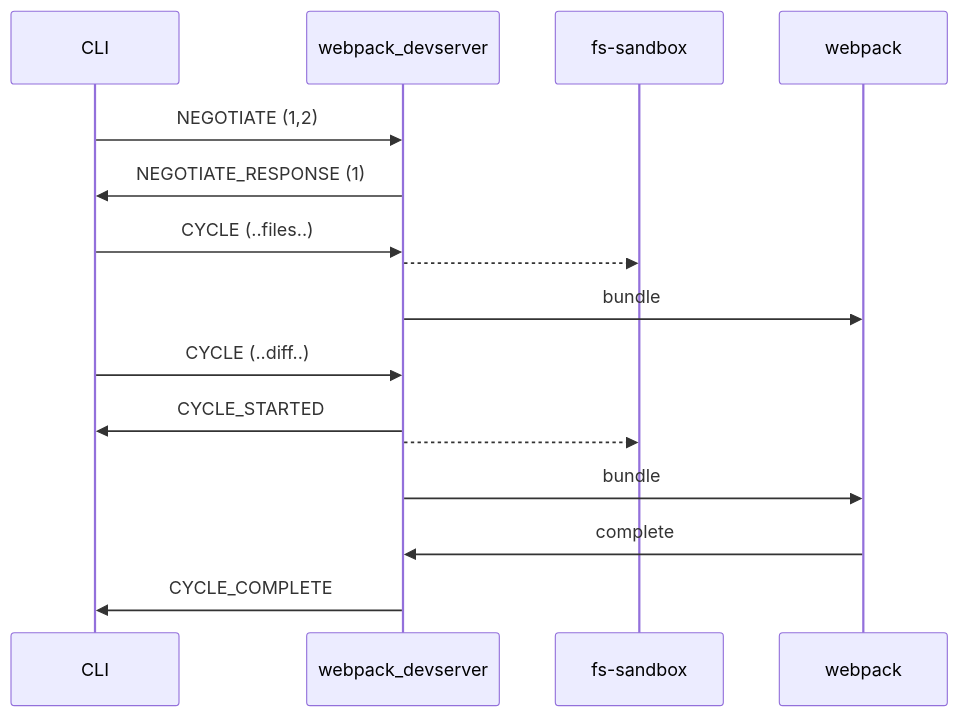
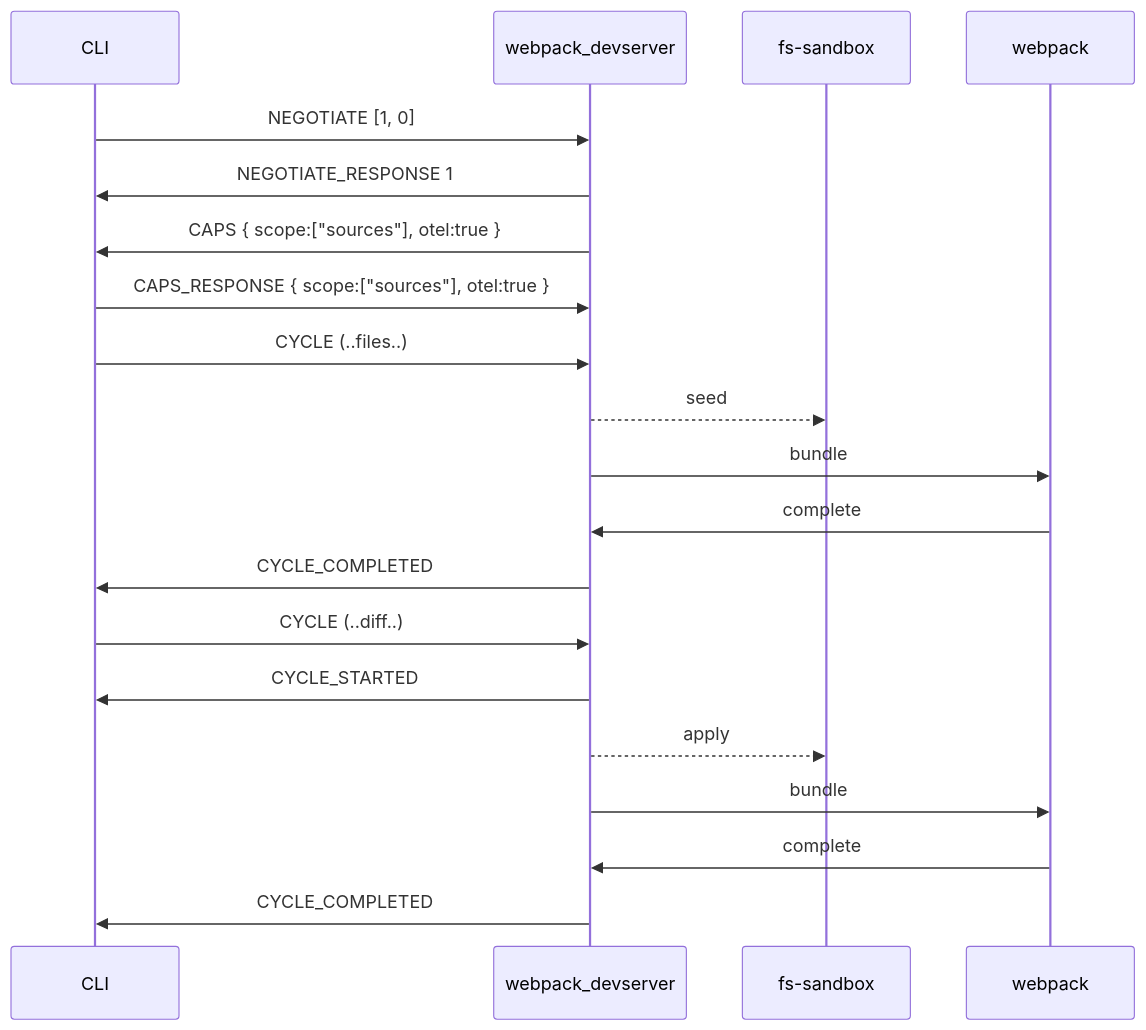
One commit to aspect-extensions/watchdog changed the second of 2 diagrams in INCREMENTAL_BUILD_PROTOCOL.md. Above: the diagram before and after it, drawn with Mermaid. The commit also changed other lines of this file and 2 other files, not shown here.

````diff
--- a/INCREMENTAL_BUILD_PROTOCOL.md
+++ b/INCREMENTAL_BUILD_PROTOCOL.md
@@ -231,19 +219,22 @@
 ```mermaid
 sequenceDiagram
     participant CLI
     participant webpack_devserver
     participant fs-sandbox
     participant webpack
-    CLI->>webpack_devserver: NEGOTIATE (1,2)
-    webpack_devserver->>CLI: NEGOTIATE_RESPONSE (1)
+    CLI->>webpack_devserver: NEGOTIATE [1, 0]
+    webpack_devserver->>CLI: NEGOTIATE_RESPONSE 1
+    webpack_devserver->>CLI: CAPS { scope:["sources"], otel:true }
+    CLI->>webpack_devserver: CAPS_RESPONSE { scope:["sources"], otel:true }
     CLI->>webpack_devserver: CYCLE (..files..)
-    webpack_devserver-->>fs-sandbox:
+    webpack_devserver-->>fs-sandbox: seed
     webpack_devserver->>webpack: bundle
+    webpack->>webpack_devserver: complete
+    webpack_devserver->>CLI: CYCLE_COMPLETED
     CLI->>webpack_devserver: CYCLE (..diff..)
     webpack_devserver->>CLI: CYCLE_STARTED
-    webpack_devserver-->>fs-sandbox:
+    webpack_devserver-->>fs-sandbox: apply
     webpack_devserver->>webpack: bundle
     webpack->>webpack_devserver: complete
-    webpack_devserver->>CLI: CYCLE_COMPLETE
-
+    webpack_devserver->>CLI: CYCLE_COMPLETED
 ```
````
